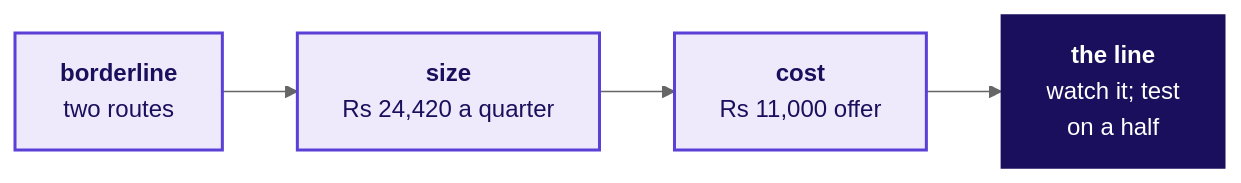
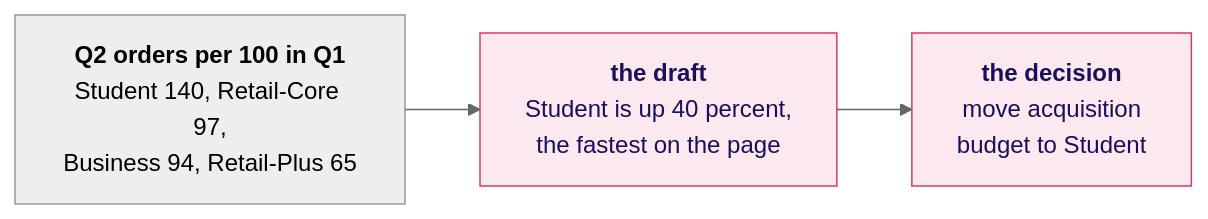
Before and after one commit to fde-academy-lab/c2-content-factory: diagram 18 of 30 in content/W01/D4/slides/C2_W01_D04_half1_STUDENT.md, drawn with Mermaid (neutral theme). The commit also changed other lines of this file and 1 other file, not shown here.

````diff
--- a/content/W01/D4/slides/C2_W01_D04_half1_STUDENT.md
+++ b/content/W01/D4/slides/C2_W01_D04_half1_STUDENT.md
@@ -732,12 +990,7 @@
 ```mermaid
 flowchart LR
-    K0["<b>borderline</b><br/>two routes"]
-    K1["<b>size</b><br/>Rs 24,420 a quarter"]
-    K2["<b>cost</b><br/>Rs 11,000 offer"]
-    K3["<b>the line</b><br/>watch it; test<br/>on a half"]
-    K0 --> K1 --> K2 --> K3
-    classDef known fill:#EEEAFB,stroke:#5B3FD6,color:#1A0F5C,stroke-width:2px
-    classDef bet fill:#1A0F5C,stroke:#1A0F5C,color:#FFFFFF
-    class K0,K1,K2 known
-    class K3 bet
+    H["<b>Q2 orders per 100 in Q1</b><br/>Student 140, Retail-Core 97,<br/>Business 94, Retail-Plus 65"] --> C["<b>the draft</b><br/>Student is up 40 percent,<br/>the fastest on the page"]
+    C --> D["<b>the decision</b><br/>move acquisition<br/>budget to Student"]
+    classDef bad fill:#FBE9EF,stroke:#D63A6A,color:#1A0F5C
+    class C,D bad
 ```
````
